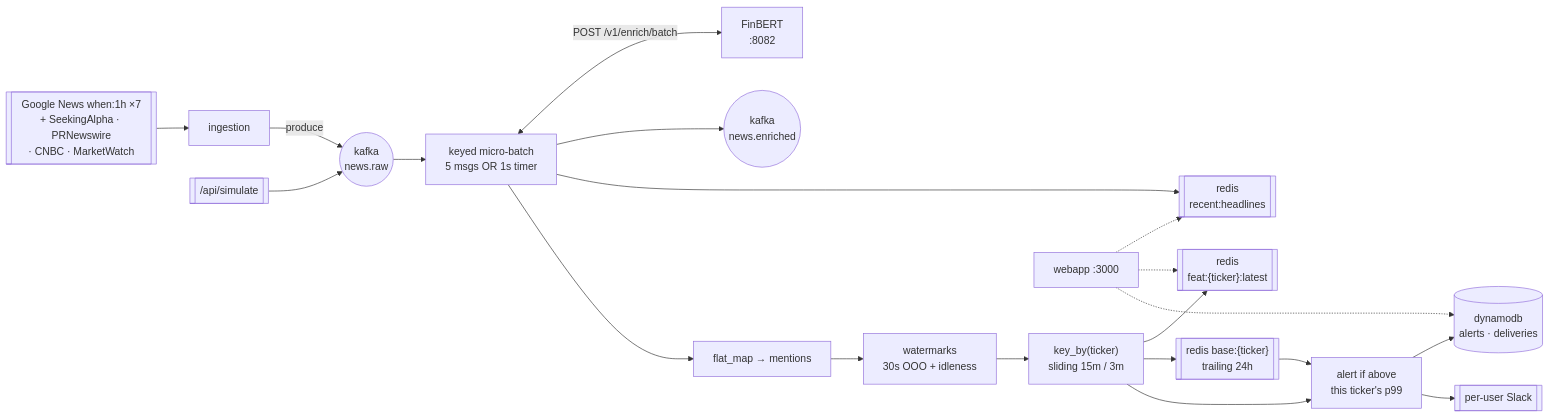
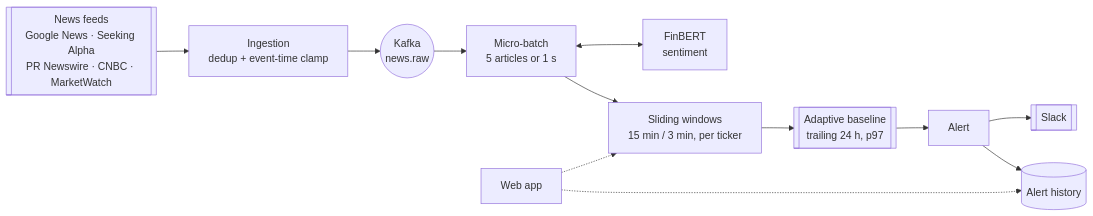
One commit to rishimj/risk-radar changed the diagram in README.md. Above: the diagram before and after it, drawn with Mermaid. The commit also changed other lines of this file and 2 other files, not shown here.

````diff
--- a/README.md
+++ b/README.md
@@ -18,22 +65,14 @@
 ```mermaid
 flowchart LR
-  RSS[["Google News when:1h ×7<br/>+ SeekingAlpha · PRNewswire<br/>· CNBC · MarketWatch"]] --> ING[ingestion]
-  SIM[["/api/simulate"]] --> RAW
-  ING -->|produce| RAW(("kafka<br/>news.raw"))
-  RAW --> MB["keyed micro-batch<br/>5 msgs OR 1s timer"]
-  MB <-->|"POST /v1/enrich/batch"| FB["FinBERT<br/>:8082"]
-  MB --> ENR(("kafka<br/>news.enriched"))
-  MB --> HL[["redis<br/>recent:headlines"]]
-  MB --> FM["flat_map → mentions"]
-  FM --> WM["watermarks<br/>30s OOO + idleness"]
-  WM --> WIN["key_by(ticker)<br/>sliding 15m / 3m"]
-  WIN --> RF[["redis<br/>feat:{ticker}:latest"]]
-  WIN --> BL[["redis base:{ticker}<br/>trailing 24h"]]
-  BL --> AL
-  WIN --> AL["alert if above<br/>this ticker's p99"]
-  AL --> DDB[("dynamodb<br/>alerts · deliveries")]
-  AL --> SL[["per-user Slack"]]
-  WEB["webapp :3000"] -.-> HL
-  WEB -.-> RF
-  WEB -.-> DDB
+  RSS[["News feeds<br/>Google News · Seeking Alpha<br/>PR Newswire · CNBC · MarketWatch"]] --> ING[Ingestion<br/>dedup + event-time clamp]
+  ING --> RAW(("Kafka<br/>news.raw"))
+  RAW --> MB["Micro-batch<br/>5 articles or 1 s"]
+  MB <--> FB["FinBERT<br/>sentiment"]
+  MB --> WIN["Sliding windows<br/>15 min / 3 min, per ticker"]
+  WIN --> BL[["Adaptive baseline<br/>trailing 24 h, p97"]]
+  BL --> AL["Alert"]
+  AL --> SL[["Slack"]]
+  AL --> DB[("Alert history")]
+  WEB["Web app"] -.-> WIN
+  WEB -.-> DB
 ```
````
